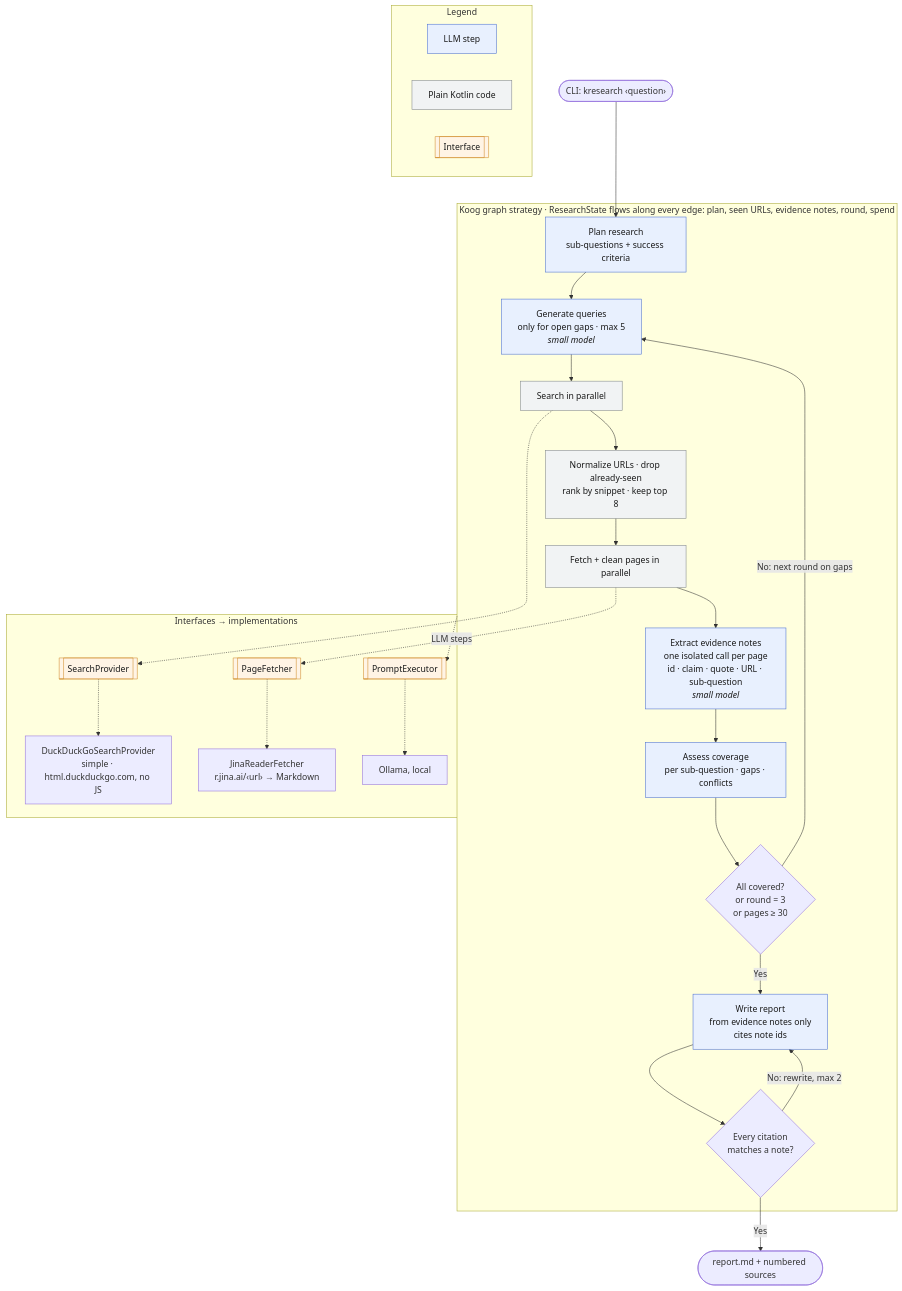
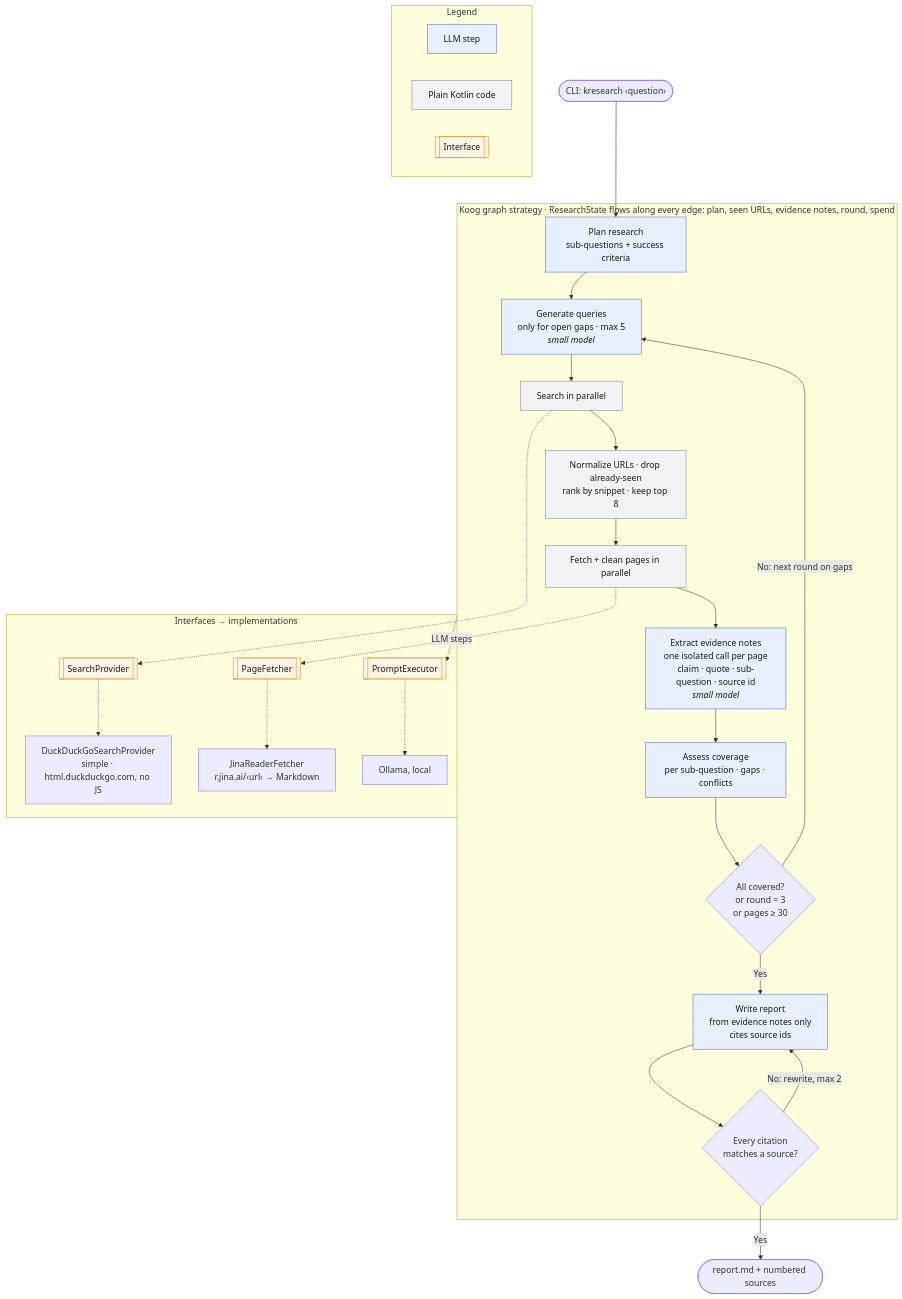
The diagram in plans/research-agent-new.mmd (maximums/koog_sandbox), drawn with Mermaid before and after one commit. The commit also changed 2 other files, not shown here.

Commit message:
Add citation check
The report cites sources as [n] or [n, m]. A draft is valid when it has
at least one citation and every id is a known source; otherwise it is
rewritten, up to maxReportRewrites times. The final report drops any
remaining unknown citations and lists only cited sources.

The diagram now says the report cites sources rather than notes.

```diff
--- a/plans/research-agent-new.mmd
+++ b/plans/research-agent-new.mmd
@@ -1,50 +1,50 @@
 flowchart TD
     %% kresearch: web research agent (Koog 1.3.0 graph strategy, CLI, Ollama)
     %% Limits: 3 rounds, 5 queries/round, 8 pages/round, 30 pages total
     REQ(["CLI: kresearch ‹question›"])
 
     subgraph STRATEGY["Koog graph strategy · ResearchState flows along every edge: plan, seen URLs, evidence notes, round, spend"]
         PLAN["Plan research<br/>sub-questions + success criteria"]
         QUERIES["Generate queries<br/>only for open gaps · max 5<br/><i>small model</i>"]
         SEARCH["Search in parallel"]
         RANK["Normalize URLs · drop already-seen<br/>rank by snippet · keep top 8"]
         FETCH["Fetch + clean pages in parallel"]
-        EXTRACT["Extract evidence notes<br/>one isolated call per page<br/>id · claim · quote · URL · sub-question<br/><i>small model</i>"]
+        EXTRACT["Extract evidence notes<br/>one isolated call per page<br/>claim · quote · sub-question · source id<br/><i>small model</i>"]
         ASSESS["Assess coverage<br/>per sub-question · gaps · conflicts"]
         DONE{"All covered?<br/>or round = 3<br/>or pages ≥ 30"}
-        WRITE["Write report<br/>from evidence notes only<br/>cites note ids"]
-        CHECK{"Every citation<br/>matches a note?"}
+        WRITE["Write report<br/>from evidence notes only<br/>cites source ids"]
+        CHECK{"Every citation<br/>matches a source?"}
 
         PLAN --> QUERIES --> SEARCH --> RANK --> FETCH --> EXTRACT --> ASSESS --> DONE
         DONE -->|"No: next round on gaps"| QUERIES
         DONE -->|Yes| WRITE --> CHECK
         CHECK -->|"No: rewrite, max 2"| WRITE
     end
 
     OUT(["report.md + numbered sources"])
 
     REQ --> PLAN
     CHECK -->|Yes| OUT
 
     subgraph PORTS["Interfaces → implementations"]
         SP[["SearchProvider"]] -.-> DDG["DuckDuckGoSearchProvider<br/>simple · html.duckduckgo.com, no JS"]
         PF[["PageFetcher"]] -.-> JINA["JinaReaderFetcher<br/>r.jina.ai/‹url› → Markdown"]
         EXEC[["PromptExecutor"]] -.-> OLLAMA["Ollama, local"]
     end
 
     SEARCH -.-> SP
     FETCH -.-> PF
     STRATEGY -.->|"LLM steps"| EXEC
 
     subgraph LEGEND["Legend"]
         L1["LLM step"]
         L2["Plain Kotlin code"]
         L3[["Interface"]]
     end
 
     classDef llm fill:#e8f0fe,stroke:#4a6fd1,color:#1a1a1a
     classDef code fill:#f1f3f4,stroke:#80868b,color:#1a1a1a
     classDef port fill:#fff4e5,stroke:#d08c2a,color:#1a1a1a
     class PLAN,QUERIES,EXTRACT,ASSESS,WRITE,L1 llm
     class SEARCH,RANK,FETCH,L2 code
     class SP,PF,EXEC,L3 port
```
